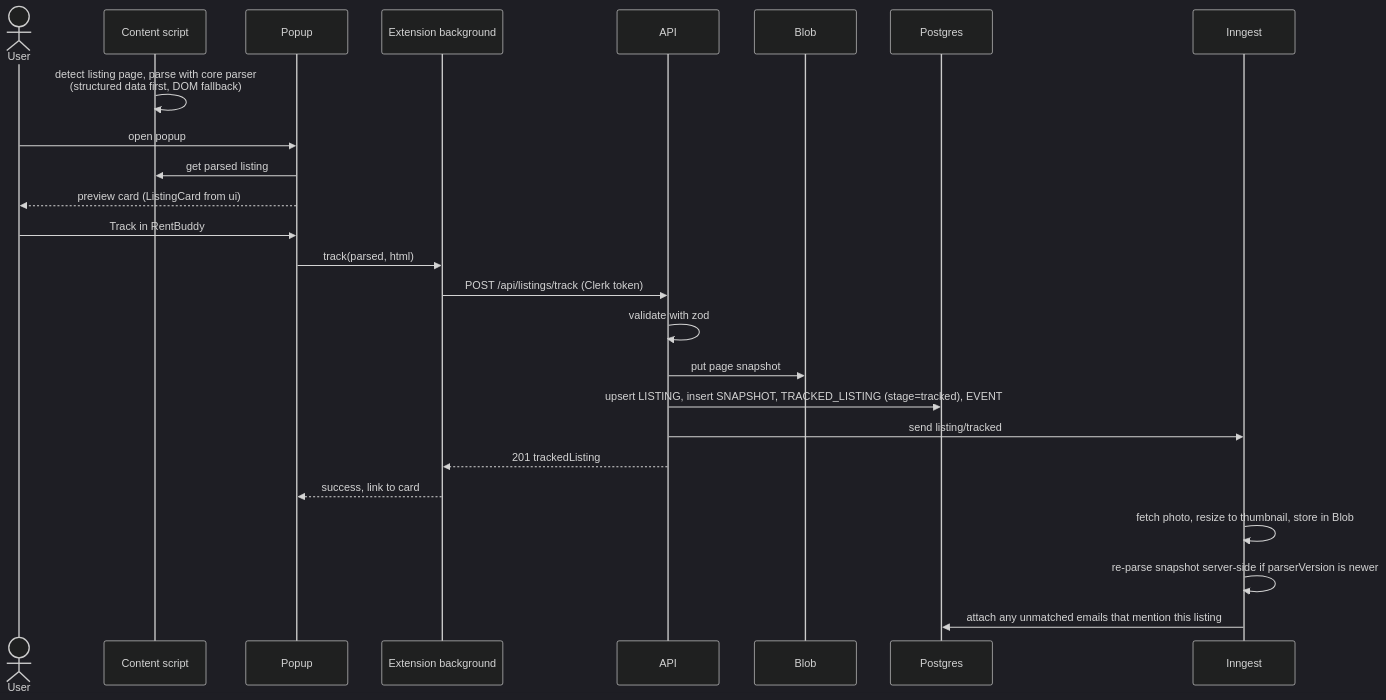
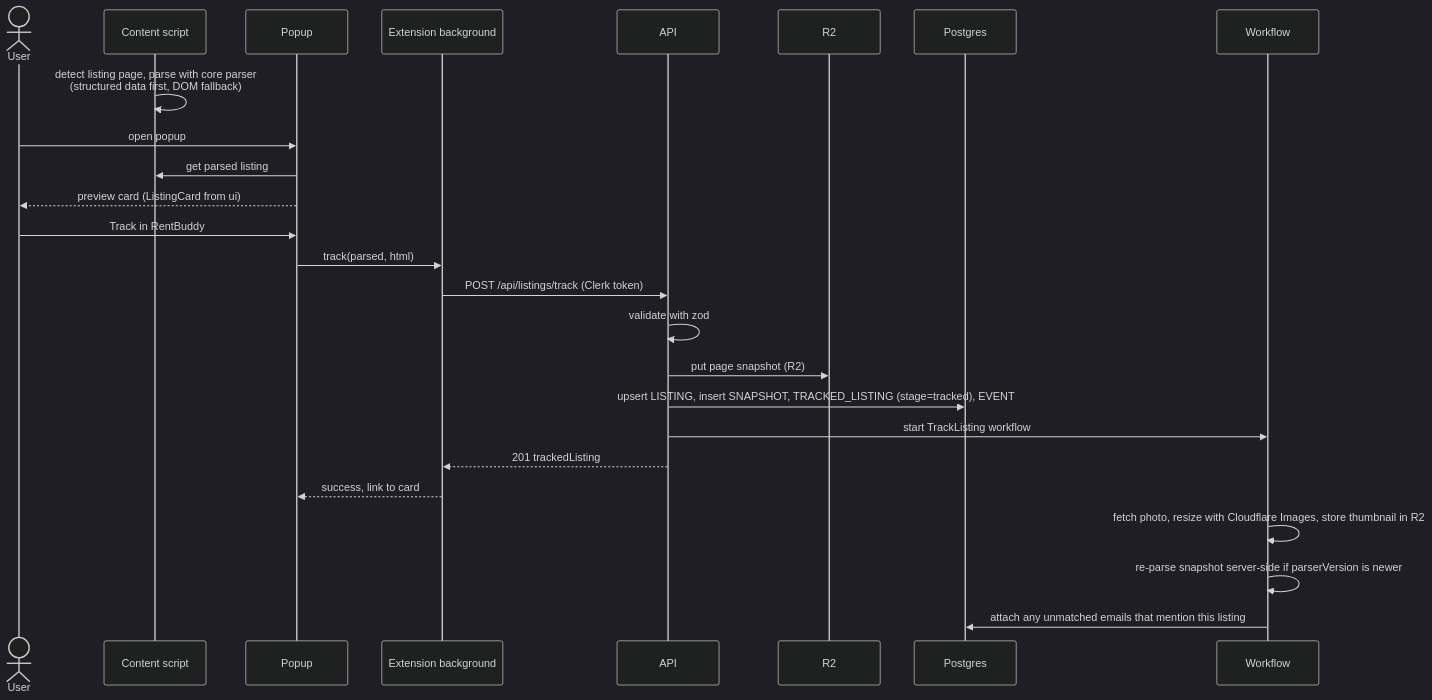
Before and after one commit to kvnyng/rentbuddy: the sixth of 9 diagrams in docs/architecture.md, drawn with Mermaid (dark theme). The commit also changed other lines of this file and 3 other files, not shown here.

First line of the commit message:
docs: move hosting to Cloudflare and add the M1-M4 roadmap

````diff
--- a/docs/architecture.md
+++ b/docs/architecture.md
@@ -285,28 +288,28 @@
 ```mermaid
 sequenceDiagram
   actor U as User
   participant CS as Content script
   participant P as Popup
   participant BG as Extension background
   participant A as API
-  participant B as Blob
+  participant B as R2
   participant D as Postgres
-  participant J as Inngest
+  participant J as Workflow
 
   CS->>CS: detect listing page, parse with core parser<br/>(structured data first, DOM fallback)
   U->>P: open popup
   P->>CS: get parsed listing
   P-->>U: preview card (ListingCard from ui)
   U->>P: Track in RentBuddy
   P->>BG: track(parsed, html)
   BG->>A: POST /api/listings/track (Clerk token)
   A->>A: validate with zod
-  A->>B: put page snapshot
+  A->>B: put page snapshot (R2)
   A->>D: upsert LISTING, insert SNAPSHOT, TRACKED_LISTING (stage=tracked), EVENT
-  A->>J: send listing/tracked
+  A->>J: start TrackListing workflow
   A-->>BG: 201 trackedListing
   BG-->>P: success, link to card
-  J->>J: fetch photo, resize to thumbnail, store in Blob
+  J->>J: fetch photo, resize with Cloudflare Images, store thumbnail in R2
   J->>J: re-parse snapshot server-side if parserVersion is newer
   J->>D: attach any unmatched emails that mention this listing
 ```
````
